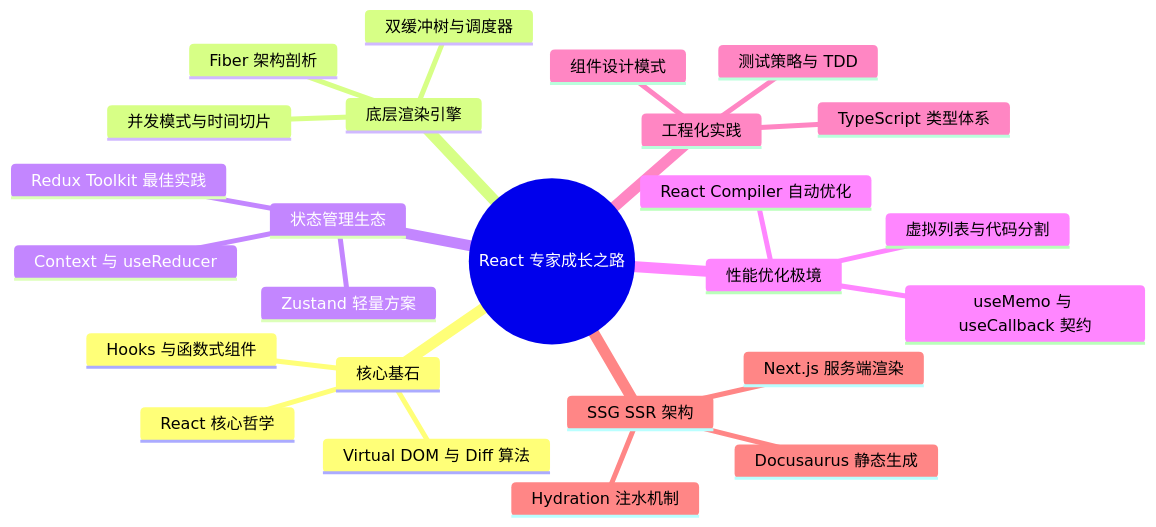
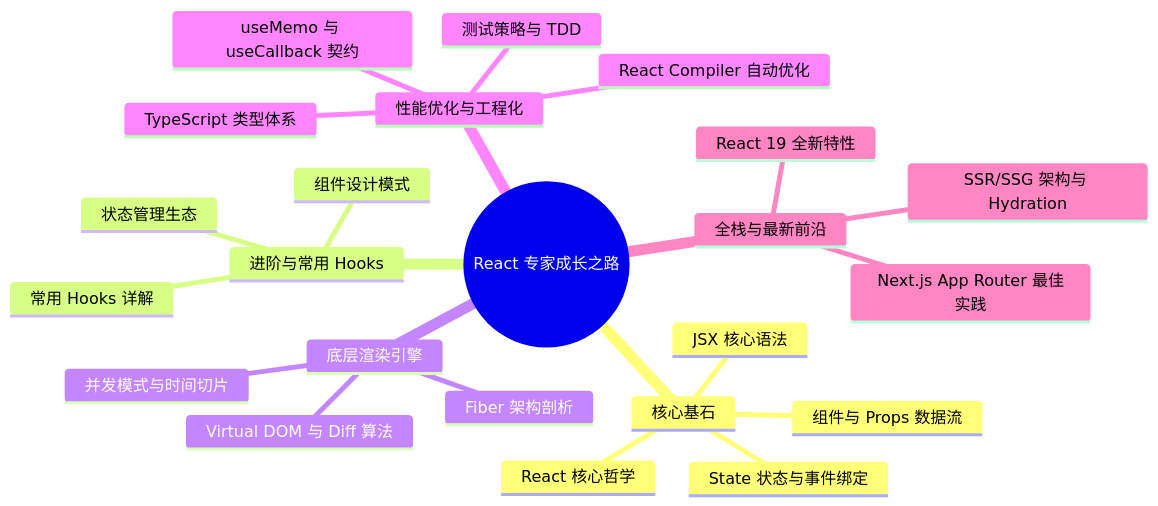
The diagram in docs/react/readme.md (Aiden-Coding/AiDocs), drawn with Mermaid before and after one commit. The commit also changed other lines of this file and 7 other files, not shown here.

Commit message:
feat: update React documentation structure and add new guides for React 19 features, components, props, JSX, and state management

````diff
--- a/docs/react/readme.md
+++ b/docs/react/readme.md
@@ -17,28 +17,26 @@
 ```mermaid
 mindmap
   root((React 专家成长之路))
     核心基石
       React 核心哲学
-      Hooks 与函数式组件
-      Virtual DOM 与 Diff 算法
+      JSX 核心语法
+      组件与 Props 数据流
+      State 状态与事件绑定
+    进阶与常用 Hooks
+      常用 Hooks 详解
+      组件设计模式
+      状态管理生态
     底层渲染引擎
       Fiber 架构剖析
+      Virtual DOM 与 Diff 算法
       并发模式与时间切片
-      双缓冲树与调度器
-    状态管理生态
-      Context 与 useReducer
-      Zustand 轻量方案
-      Redux Toolkit 最佳实践
-    性能优化极境
+    性能优化与工程化
       React Compiler 自动优化
       useMemo 与 useCallback 契约
-      虚拟列表与代码分割
-    工程化实践
       TypeScript 类型体系
-      组件设计模式
       测试策略与 TDD
-    SSG SSR 架构
-      Next.js 服务端渲染
-      Docusaurus 静态生成
-      Hydration 注水机制
+    全栈与最新前沿
+      SSR/SSG 架构与 Hydration
+      Next.js App Router 最佳实践
+      React 19 全新特性
 ```
````
